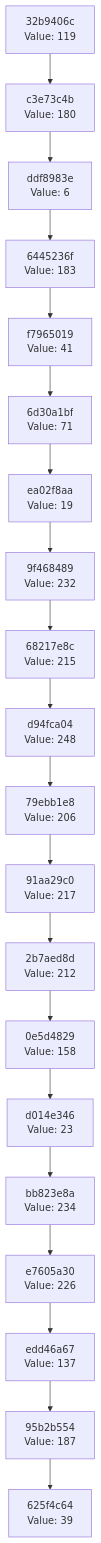
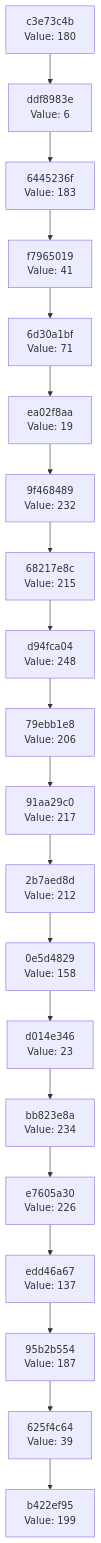
Before and after one commit to Abhisheksinha1506/hash-chain-evolver: the diagram in docs/CHAIN_VISUALIZATION.md, drawn with Mermaid. The commit also changed 2 other files, not shown here.

Commit message:
Evolution Step

````diff
--- a/docs/CHAIN_VISUALIZATION.md
+++ b/docs/CHAIN_VISUALIZATION.md
@@ -3,42 +3,42 @@
 ```mermaid
 graph TD
-    C0["625f4c64<br/>Value: 39"]
-    C1["95b2b554<br/>Value: 187"]
+    C0["b422ef95<br/>Value: 199"]
+    C1["625f4c64<br/>Value: 39"]
     C1 --> C0
-    C2["edd46a67<br/>Value: 137"]
+    C2["95b2b554<br/>Value: 187"]
     C2 --> C1
-    C3["e7605a30<br/>Value: 226"]
+    C3["edd46a67<br/>Value: 137"]
     C3 --> C2
-    C4["bb823e8a<br/>Value: 234"]
+    C4["e7605a30<br/>Value: 226"]
     C4 --> C3
-    C5["d014e346<br/>Value: 23"]
+    C5["bb823e8a<br/>Value: 234"]
     C5 --> C4
-    C6["0e5d4829<br/>Value: 158"]
+    C6["d014e346<br/>Value: 23"]
     C6 --> C5
-    C7["2b7aed8d<br/>Value: 212"]
+    C7["0e5d4829<br/>Value: 158"]
     C7 --> C6
-    C8["91aa29c0<br/>Value: 217"]
+    C8["2b7aed8d<br/>Value: 212"]
     C8 --> C7
-    C9["79ebb1e8<br/>Value: 206"]
+    C9["91aa29c0<br/>Value: 217"]
     C9 --> C8
-    C10["d94fca04<br/>Value: 248"]
+    C10["79ebb1e8<br/>Value: 206"]
     C10 --> C9
-    C11["68217e8c<br/>Value: 215"]
+    C11["d94fca04<br/>Value: 248"]
     C11 --> C10
-    C12["9f468489<br/>Value: 232"]
+    C12["68217e8c<br/>Value: 215"]
     C12 --> C11
-    C13["ea02f8aa<br/>Value: 19"]
+    C13["9f468489<br/>Value: 232"]
     C13 --> C12
-    C14["6d30a1bf<br/>Value: 71"]
+    C14["ea02f8aa<br/>Value: 19"]
     C14 --> C13
-    C15["f7965019<br/>Value: 41"]
+    C15["6d30a1bf<br/>Value: 71"]
     C15 --> C14
-    C16["6445236f<br/>Value: 183"]
+    C16["f7965019<br/>Value: 41"]
     C16 --> C15
-    C17["ddf8983e<br/>Value: 6"]
+    C17["6445236f<br/>Value: 183"]
     C17 --> C16
-    C18["c3e73c4b<br/>Value: 180"]
+    C18["ddf8983e<br/>Value: 6"]
     C18 --> C17
-    C19["32b9406c<br/>Value: 119"]
+    C19["c3e73c4b<br/>Value: 180"]
     C19 --> C18
 ```
````
